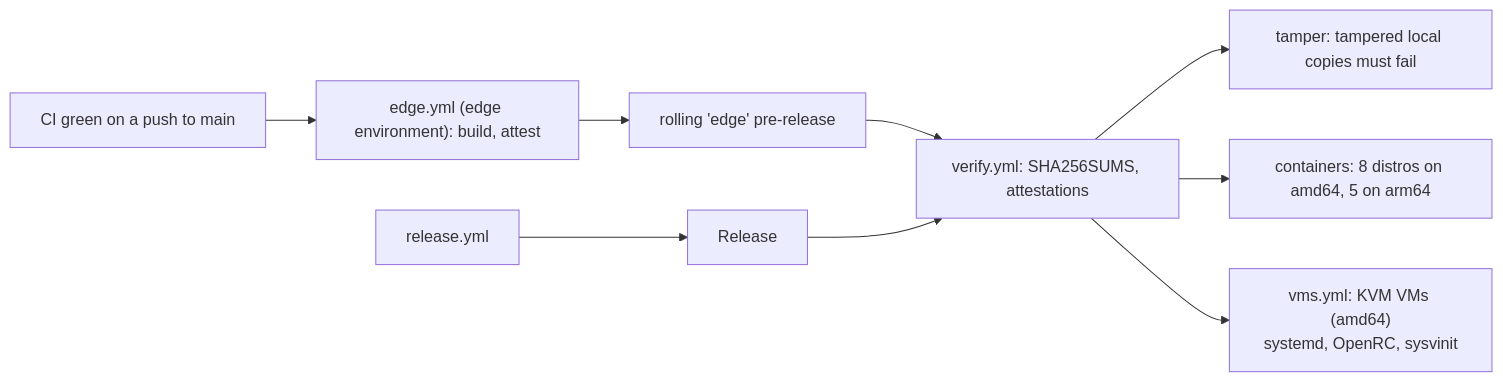
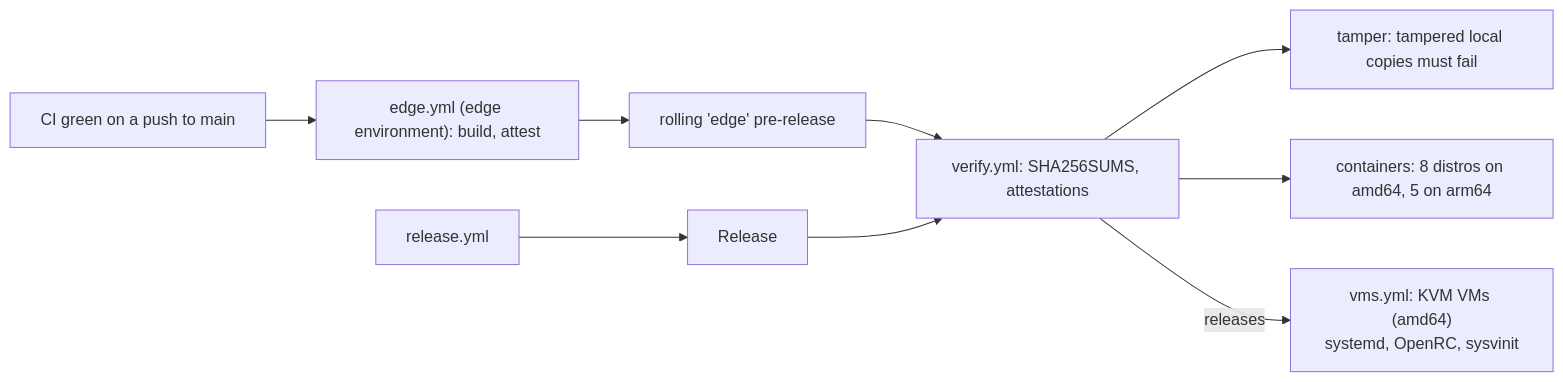
The sixth of 6 diagrams in CONTRIBUTING.md (jiegui2025/hwspec), drawn with Mermaid before and after one commit. The commit also changed other lines of this file and 3 other files, not shown here.

First line of the commit message:
ci: boot the VMs in verify.yml for releases only

````diff
--- a/CONTRIBUTING.md
+++ b/CONTRIBUTING.md
@@ -249,10 +249,10 @@
 ```mermaid
 flowchart LR
   ci["CI green on a push to main"] --> edge["edge.yml (edge environment): build, attest"] --> pre["rolling 'edge' pre-release"]
   tag[release.yml] --> rel[Release]
   pre --> verify
   rel --> verify["verify.yml: SHA256SUMS, attestations"]
   verify --> tamper["tamper: tampered local copies must fail"]
   verify --> ctr["containers: 8 distros on amd64, 5 on arm64"]
-  verify --> vms["vms.yml: KVM VMs (amd64)<br/>systemd, OpenRC, sysvinit"]
+  verify -->|releases| vms["vms.yml: KVM VMs (amd64)<br/>systemd, OpenRC, sysvinit"]
 ```
````
